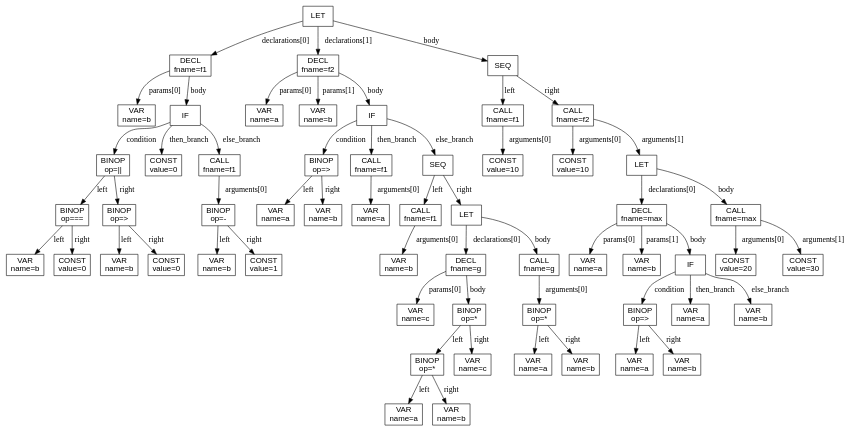
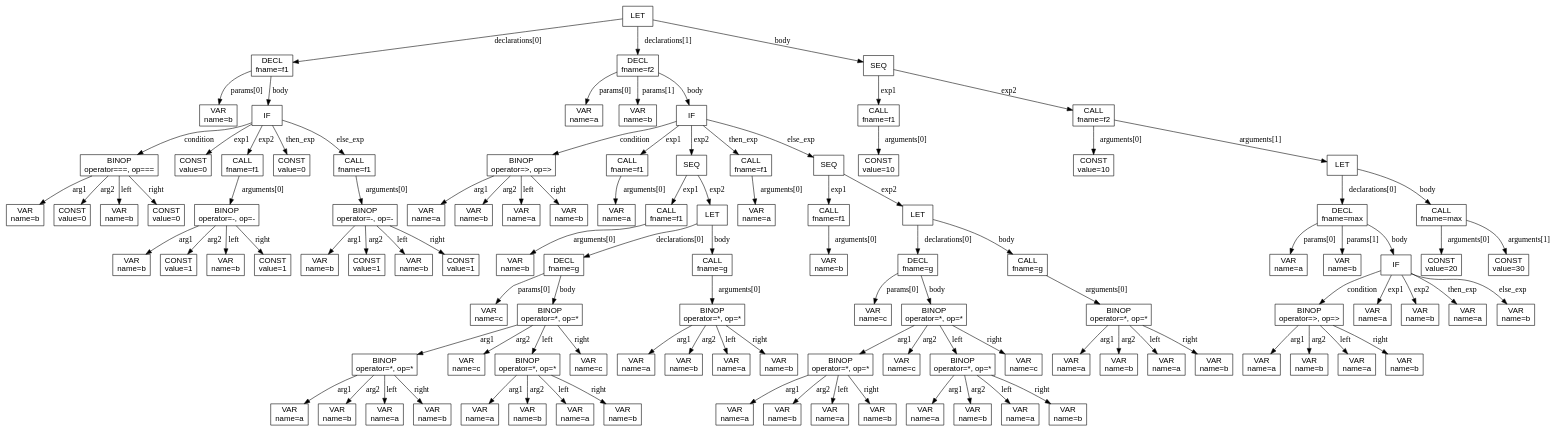
The diagram in Universität/Übersetzung und Analyse von Programmen/Projekte/Projekt_3/uap25_pro3_python/dotFiles/complex.ast.dot (mjanssen0212-spec/private), drawn with Graphviz before and after one commit. The commit also changed 10 other files, not shown here.

```diff
--- a/Universität/Übersetzung und Analyse von Programmen/Projekte/Projekt_3/uap25_pro3_python/dotFiles/complex.ast.dot
+++ b/Universität/Übersetzung und Analyse von Programmen/Projekte/Projekt_3/uap25_pro3_python/dotFiles/complex.ast.dot
@@ -5,114 +5,214 @@
   n2 [label="VAR\nname=b"];
   n1 -> n2 [label="params[0]"];
   n3 [label="IF"];
-  n4 [label="BINOP\nop=||"];
-  n5 [label="BINOP\nop==="];
-  n6 [label="VAR\nname=b"];
-  n5 -> n6 [label="left"];
-  n7 [label="CONST\nvalue=0"];
-  n5 -> n7 [label="right"];
-  n4 -> n5 [label="left"];
-  n8 [label="BINOP\nop=&gt;"];
-  n9 [label="VAR\nname=b"];
-  n8 -> n9 [label="left"];
-  n10 [label="CONST\nvalue=0"];
-  n8 -> n10 [label="right"];
+  n4 [label="BINOP\noperator===, op==="];
+  n5 [label="VAR\nname=b"];
+  n4 -> n5 [label="arg1"];
+  n6 [label="CONST\nvalue=0"];
+  n4 -> n6 [label="arg2"];
+  n7 [label="VAR\nname=b"];
+  n4 -> n7 [label="left"];
+  n8 [label="CONST\nvalue=0"];
   n4 -> n8 [label="right"];
   n3 -> n4 [label="condition"];
-  n11 [label="CONST\nvalue=0"];
-  n3 -> n11 [label="then_branch"];
-  n12 [label="CALL\nfname=f1"];
-  n13 [label="BINOP\nop=-"];
+  n9 [label="CONST\nvalue=0"];
+  n3 -> n9 [label="exp1"];
+  n10 [label="CALL\nfname=f1"];
+  n11 [label="BINOP\noperator=-, op=-"];
+  n12 [label="VAR\nname=b"];
+  n11 -> n12 [label="arg1"];
+  n13 [label="CONST\nvalue=1"];
+  n11 -> n13 [label="arg2"];
   n14 [label="VAR\nname=b"];
-  n13 -> n14 [label="left"];
+  n11 -> n14 [label="left"];
   n15 [label="CONST\nvalue=1"];
-  n13 -> n15 [label="right"];
-  n12 -> n13 [label="arguments[0]"];
-  n3 -> n12 [label="else_branch"];
+  n11 -> n15 [label="right"];
+  n10 -> n11 [label="arguments[0]"];
+  n3 -> n10 [label="exp2"];
+  n16 [label="CONST\nvalue=0"];
+  n3 -> n16 [label="then_exp"];
+  n17 [label="CALL\nfname=f1"];
+  n18 [label="BINOP\noperator=-, op=-"];
+  n19 [label="VAR\nname=b"];
+  n18 -> n19 [label="arg1"];
+  n20 [label="CONST\nvalue=1"];
+  n18 -> n20 [label="arg2"];
+  n21 [label="VAR\nname=b"];
+  n18 -> n21 [label="left"];
+  n22 [label="CONST\nvalue=1"];
+  n18 -> n22 [label="right"];
+  n17 -> n18 [label="arguments[0]"];
+  n3 -> n17 [label="else_exp"];
   n1 -> n3 [label="body"];
   n0 -> n1 [label="declarations[0]"];
-  n16 [label="DECL\nfname=f2"];
-  n17 [label="VAR\nname=a"];
-  n16 -> n17 [label="params[0]"];
-  n18 [label="VAR\nname=b"];
-  n16 -> n18 [label="params[1]"];
-  n19 [label="IF"];
-  n20 [label="BINOP\nop=&gt;"];
-  n21 [label="VAR\nname=a"];
-  n20 -> n21 [label="left"];
-  n22 [label="VAR\nname=b"];
-  n20 -> n22 [label="right"];
-  n19 -> n20 [label="condition"];
-  n23 [label="CALL\nfname=f1"];
+  n23 [label="DECL\nfname=f2"];
   n24 [label="VAR\nname=a"];
-  n23 -> n24 [label="arguments[0]"];
-  n19 -> n23 [label="then_branch"];
-  n25 [label="SEQ"];
-  n26 [label="CALL\nfname=f1"];
-  n27 [label="VAR\nname=b"];
-  n26 -> n27 [label="arguments[0]"];
-  n25 -> n26 [label="left"];
-  n28 [label="LET"];
-  n29 [label="DECL\nfname=g"];
-  n30 [label="VAR\nname=c"];
-  n29 -> n30 [label="params[0]"];
-  n31 [label="BINOP\nop=*"];
-  n32 [label="BINOP\nop=*"];
+  n23 -> n24 [label="params[0]"];
+  n25 [label="VAR\nname=b"];
+  n23 -> n25 [label="params[1]"];
+  n26 [label="IF"];
+  n27 [label="BINOP\noperator=&gt;, op=&gt;"];
+  n28 [label="VAR\nname=a"];
+  n27 -> n28 [label="arg1"];
+  n29 [label="VAR\nname=b"];
+  n27 -> n29 [label="arg2"];
+  n30 [label="VAR\nname=a"];
+  n27 -> n30 [label="left"];
+  n31 [label="VAR\nname=b"];
+  n27 -> n31 [label="right"];
+  n26 -> n27 [label="condition"];
+  n32 [label="CALL\nfname=f1"];
   n33 [label="VAR\nname=a"];
-  n32 -> n33 [label="left"];
-  n34 [label="VAR\nname=b"];
-  n32 -> n34 [label="right"];
-  n31 -> n32 [label="left"];
-  n35 [label="VAR\nname=c"];
-  n31 -> n35 [label="right"];
-  n29 -> n31 [label="body"];
-  n28 -> n29 [label="declarations[0]"];
-  n36 [label="CALL\nfname=g"];
-  n37 [label="BINOP\nop=*"];
-  n38 [label="VAR\nname=a"];
-  n37 -> n38 [label="left"];
-  n39 [label="VAR\nname=b"];
-  n37 -> n39 [label="right"];
-  n36 -> n37 [label="arguments[0]"];
-  n28 -> n36 [label="body"];
-  n25 -> n28 [label="right"];
-  n19 -> n25 [label="else_branch"];
-  n16 -> n19 [label="body"];
-  n0 -> n16 [label="declarations[1]"];
-  n40 [label="SEQ"];
-  n41 [label="CALL\nfname=f1"];
-  n42 [label="CONST\nvalue=10"];
-  n41 -> n42 [label="arguments[0]"];
-  n40 -> n41 [label="left"];
-  n43 [label="CALL\nfname=f2"];
-  n44 [label="CONST\nvalue=10"];
-  n43 -> n44 [label="arguments[0]"];
-  n45 [label="LET"];
-  n46 [label="DECL\nfname=max"];
-  n47 [label="VAR\nname=a"];
-  n46 -> n47 [label="params[0]"];
-  n48 [label="VAR\nname=b"];
-  n46 -> n48 [label="params[1]"];
-  n49 [label="IF"];
-  n50 [label="BINOP\nop=&gt;"];
-  n51 [label="VAR\nname=a"];
-  n50 -> n51 [label="left"];
-  n52 [label="VAR\nname=b"];
-  n50 -> n52 [label="right"];
-  n49 -> n50 [label="condition"];
-  n53 [label="VAR\nname=a"];
-  n49 -> n53 [label="then_branch"];
-  n54 [label="VAR\nname=b"];
-  n49 -> n54 [label="else_branch"];
-  n46 -> n49 [label="body"];
-  n45 -> n46 [label="declarations[0]"];
-  n55 [label="CALL\nfname=max"];
-  n56 [label="CONST\nvalue=20"];
-  n55 -> n56 [label="arguments[0]"];
-  n57 [label="CONST\nvalue=30"];
-  n55 -> n57 [label="arguments[1]"];
-  n45 -> n55 [label="body"];
-  n43 -> n45 [label="arguments[1]"];
-  n40 -> n43 [label="right"];
-  n0 -> n40 [label="body"];
+  n32 -> n33 [label="arguments[0]"];
+  n26 -> n32 [label="exp1"];
+  n34 [label="SEQ"];
+  n35 [label="CALL\nfname=f1"];
+  n36 [label="VAR\nname=b"];
+  n35 -> n36 [label="arguments[0]"];
+  n34 -> n35 [label="exp1"];
+  n37 [label="LET"];
+  n38 [label="DECL\nfname=g"];
+  n39 [label="VAR\nname=c"];
+  n38 -> n39 [label="params[0]"];
+  n40 [label="BINOP\noperator=*, op=*"];
+  n41 [label="BINOP\noperator=*, op=*"];
+  n42 [label="VAR\nname=a"];
+  n41 -> n42 [label="arg1"];
+  n43 [label="VAR\nname=b"];
+  n41 -> n43 [label="arg2"];
+  n44 [label="VAR\nname=a"];
+  n41 -> n44 [label="left"];
+  n45 [label="VAR\nname=b"];
+  n41 -> n45 [label="right"];
+  n40 -> n41 [label="arg1"];
+  n46 [label="VAR\nname=c"];
+  n40 -> n46 [label="arg2"];
+  n47 [label="BINOP\noperator=*, op=*"];
+  n48 [label="VAR\nname=a"];
+  n47 -> n48 [label="arg1"];
+  n49 [label="VAR\nname=b"];
+  n47 -> n49 [label="arg2"];
+  n50 [label="VAR\nname=a"];
+  n47 -> n50 [label="left"];
+  n51 [label="VAR\nname=b"];
+  n47 -> n51 [label="right"];
+  n40 -> n47 [label="left"];
+  n52 [label="VAR\nname=c"];
+  n40 -> n52 [label="right"];
+  n38 -> n40 [label="body"];
+  n37 -> n38 [label="declarations[0]"];
+  n53 [label="CALL\nfname=g"];
+  n54 [label="BINOP\noperator=*, op=*"];
+  n55 [label="VAR\nname=a"];
+  n54 -> n55 [label="arg1"];
+  n56 [label="VAR\nname=b"];
+  n54 -> n56 [label="arg2"];
+  n57 [label="VAR\nname=a"];
+  n54 -> n57 [label="left"];
+  n58 [label="VAR\nname=b"];
+  n54 -> n58 [label="right"];
+  n53 -> n54 [label="arguments[0]"];
+  n37 -> n53 [label="body"];
+  n34 -> n37 [label="exp2"];
+  n26 -> n34 [label="exp2"];
+  n59 [label="CALL\nfname=f1"];
+  n60 [label="VAR\nname=a"];
+  n59 -> n60 [label="arguments[0]"];
+  n26 -> n59 [label="then_exp"];
+  n61 [label="SEQ"];
+  n62 [label="CALL\nfname=f1"];
+  n63 [label="VAR\nname=b"];
+  n62 -> n63 [label="arguments[0]"];
+  n61 -> n62 [label="exp1"];
+  n64 [label="LET"];
+  n65 [label="DECL\nfname=g"];
+  n66 [label="VAR\nname=c"];
+  n65 -> n66 [label="params[0]"];
+  n67 [label="BINOP\noperator=*, op=*"];
+  n68 [label="BINOP\noperator=*, op=*"];
+  n69 [label="VAR\nname=a"];
+  n68 -> n69 [label="arg1"];
+  n70 [label="VAR\nname=b"];
+  n68 -> n70 [label="arg2"];
+  n71 [label="VAR\nname=a"];
+  n68 -> n71 [label="left"];
+  n72 [label="VAR\nname=b"];
+  n68 -> n72 [label="right"];
+  n67 -> n68 [label="arg1"];
+  n73 [label="VAR\nname=c"];
+  n67 -> n73 [label="arg2"];
+  n74 [label="BINOP\noperator=*, op=*"];
+  n75 [label="VAR\nname=a"];
+  n74 -> n75 [label="arg1"];
+  n76 [label="VAR\nname=b"];
+  n74 -> n76 [label="arg2"];
+  n77 [label="VAR\nname=a"];
+  n74 -> n77 [label="left"];
+  n78 [label="VAR\nname=b"];
+  n74 -> n78 [label="right"];
+  n67 -> n74 [label="left"];
+  n79 [label="VAR\nname=c"];
+  n67 -> n79 [label="right"];
+  n65 -> n67 [label="body"];
+  n64 -> n65 [label="declarations[0]"];
+  n80 [label="CALL\nfname=g"];
+  n81 [label="BINOP\noperator=*, op=*"];
+  n82 [label="VAR\nname=a"];
+  n81 -> n82 [label="arg1"];
+  n83 [label="VAR\nname=b"];
+  n81 -> n83 [label="arg2"];
+  n84 [label="VAR\nname=a"];
+  n81 -> n84 [label="left"];
+  n85 [label="VAR\nname=b"];
+  n81 -> n85 [label="right"];
+  n80 -> n81 [label="arguments[0]"];
+  n64 -> n80 [label="body"];
+  n61 -> n64 [label="exp2"];
+  n26 -> n61 [label="else_exp"];
+  n23 -> n26 [label="body"];
+  n0 -> n23 [label="declarations[1]"];
+  n86 [label="SEQ"];
+  n87 [label="CALL\nfname=f1"];
+  n88 [label="CONST\nvalue=10"];
+  n87 -> n88 [label="arguments[0]"];
+  n86 -> n87 [label="exp1"];
+  n89 [label="CALL\nfname=f2"];
+  n90 [label="CONST\nvalue=10"];
+  n89 -> n90 [label="arguments[0]"];
+  n91 [label="LET"];
+  n92 [label="DECL\nfname=max"];
+  n93 [label="VAR\nname=a"];
+  n92 -> n93 [label="params[0]"];
+  n94 [label="VAR\nname=b"];
+  n92 -> n94 [label="params[1]"];
+  n95 [label="IF"];
+  n96 [label="BINOP\noperator=&gt;, op=&gt;"];
+  n97 [label="VAR\nname=a"];
+  n96 -> n97 [label="arg1"];
+  n98 [label="VAR\nname=b"];
+  n96 -> n98 [label="arg2"];
+  n99 [label="VAR\nname=a"];
+  n96 -> n99 [label="left"];
+  n100 [label="VAR\nname=b"];
+  n96 -> n100 [label="right"];
+  n95 -> n96 [label="condition"];
+  n101 [label="VAR\nname=a"];
+  n95 -> n101 [label="exp1"];
+  n102 [label="VAR\nname=b"];
+  n95 -> n102 [label="exp2"];
+  n103 [label="VAR\nname=a"];
+  n95 -> n103 [label="then_exp"];
+  n104 [label="VAR\nname=b"];
+  n95 -> n104 [label="else_exp"];
+  n92 -> n95 [label="body"];
+  n91 -> n92 [label="declarations[0]"];
+  n105 [label="CALL\nfname=max"];
+  n106 [label="CONST\nvalue=20"];
+  n105 -> n106 [label="arguments[0]"];
+  n107 [label="CONST\nvalue=30"];
+  n105 -> n107 [label="arguments[1]"];
+  n91 -> n105 [label="body"];
+  n89 -> n91 [label="arguments[1]"];
+  n86 -> n89 [label="exp2"];
+  n0 -> n86 [label="body"];
 }
```
